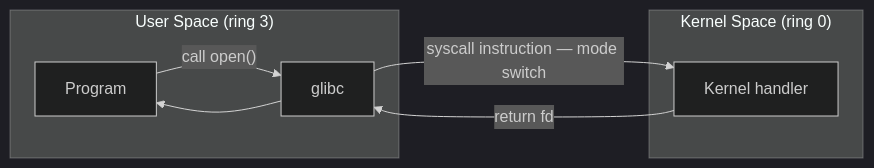
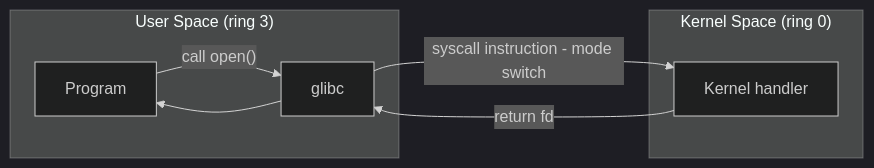
Before and after one commit to ValentinTorassa/Linux-Study-Notes-VT: the second of 2 diagrams in linux-notes/01-big-picture/levels-of-abstraction.md, drawn with Mermaid (dark theme). The commit also changed other lines of this file and 7 other files, not shown here.

````diff
--- a/linux-notes/01-big-picture/levels-of-abstraction.md
+++ b/linux-notes/01-big-picture/levels-of-abstraction.md
@@ -36,14 +36,14 @@
 ```mermaid
 graph LR
     subgraph "User Space (ring 3)"
         P["Program"]
         L["glibc"]
     end
     subgraph "Kernel Space (ring 0)"
         K["Kernel handler"]
     end
     P -->|"call open()"| L
-    L -->|"syscall instruction — mode switch"| K
+    L -->|"syscall instruction - mode switch"| K
     K -->|"return fd"| L
     L --> P
 ```
````
